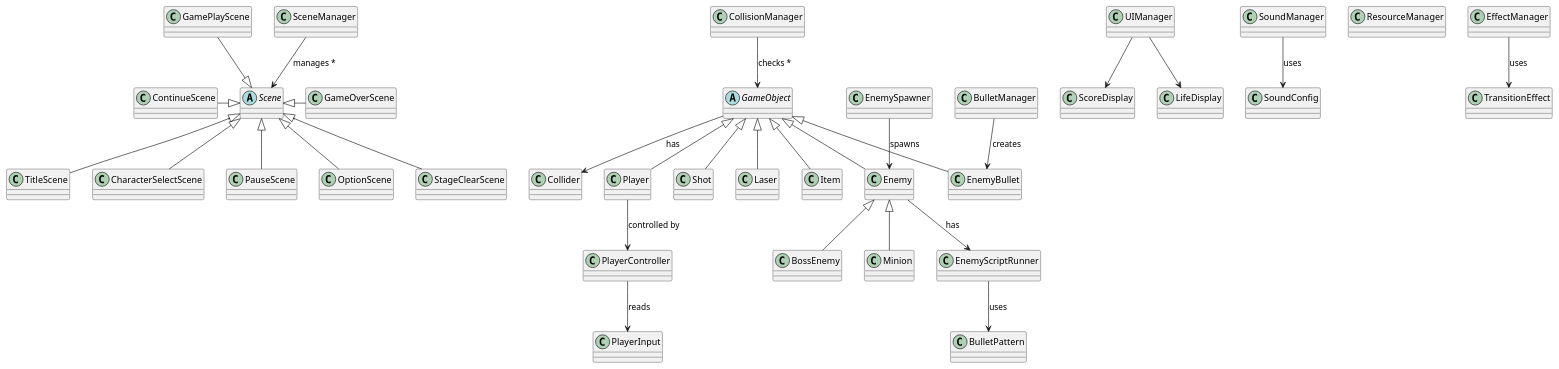
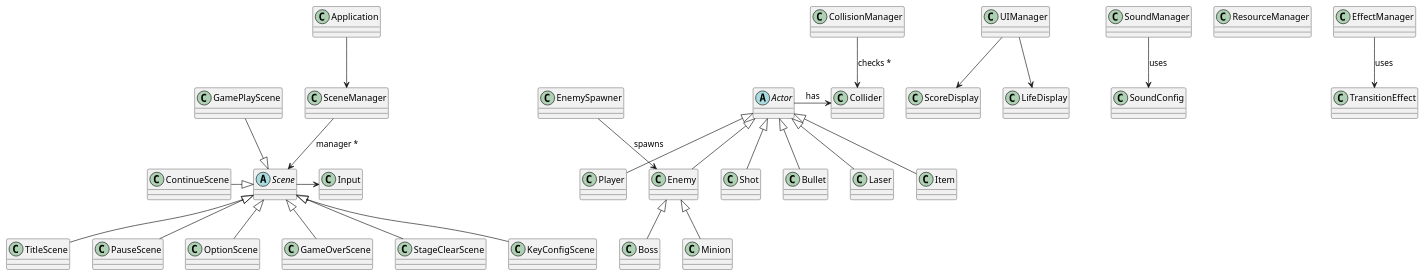
The diagram in Chapter10/BulletHell_Design.wsd (boxerprogrammer/cpp_gameprogramming_guide), drawn with PlantUML before and after one commit. The commit also changed 10 other files, not shown here.

```diff
--- a/Chapter10/BulletHell_Design.wsd
+++ b/Chapter10/BulletHell_Design.wsd
@@ -1,97 +1,86 @@
 @startuml
 skinparam classAttributeIconSize 0
 
 '== シーン管理 ==
 abstract class Scene
 class TitleScene
-class CharacterSelectScene
 class GamePlayScene
 class PauseScene
 class OptionScene
 class GameOverScene
 class StageClearScene
 class ContinueScene
 class SceneManager
+class Application
+
+Application -->SceneManager
+
 
 Scene <|-- TitleScene
-Scene <|-- CharacterSelectScene 
 GamePlayScene --|> Scene
 Scene <|-- PauseScene
+Scene <|-- KeyConfigScene
 Scene <|-- OptionScene
-Scene <|- GameOverScene
+Scene <|-- GameOverScene
 Scene <|-- StageClearScene
 ContinueScene -|> Scene
-SceneManager --> Scene : manages *
+Scene -> Input
+SceneManager --> Scene : manager *
 
 '== ゲームオブジェクト ==
-abstract class GameObject
+abstract class Actor
 class Player
 class Enemy
-class BossEnemy
+class Boss
 class Shot
-class EnemyBullet
+class Bullet
 class Laser
 class Item
 
-GameObject <|-- Player
-GameObject <|-- Enemy
-Enemy <|-- BossEnemy
+Actor <|-- Player
+Actor <|-- Enemy
+Enemy <|-- Boss
 Enemy <|-- Minion 
-GameObject <|-- Shot
-GameObject <|-- EnemyBullet
-GameObject <|-- Laser
-GameObject <|-- Item
+Actor <|-- Shot
+Actor <|-- Bullet
+Actor <|-- Laser
+Actor <|-- Item
 
 
-GameObject --> Collider : has
+Actor -> Collider : has
 
 '== 当たり判定 ==
 class Collider
 class CollisionManager
 
-CollisionManager --> GameObject : checks *
+CollisionManager --> Collider : checks *
 
-'== 弾幕システム ==
-class BulletManager
-class BulletPattern
-class EnemyScriptRunner
-
-BulletManager --> EnemyBullet : creates
-Enemy --> EnemyScriptRunner : has
-EnemyScriptRunner --> BulletPattern : uses
-
-'== プレイヤー入力 ==
-class PlayerInput
-class PlayerController
-
-PlayerController --> PlayerInput : reads
-Player --> PlayerController : controlled by
 
 '== UI ==
 class UIManager
 class ScoreDisplay
 class LifeDisplay
 
 UIManager --> ScoreDisplay
 UIManager --> LifeDisplay
 
 '== サウンド ==
 class SoundManager
 class SoundConfig
 
 SoundManager --> SoundConfig : uses
 
 '== リソース管理 ==
 class ResourceManager
 class EnemySpawner
 
 EnemySpawner --> Enemy : spawns
 
 '== 演出 ==
 class EffectManager
 class TransitionEffect
 
 EffectManager --> TransitionEffect : uses
 
 
 @enduml
```
